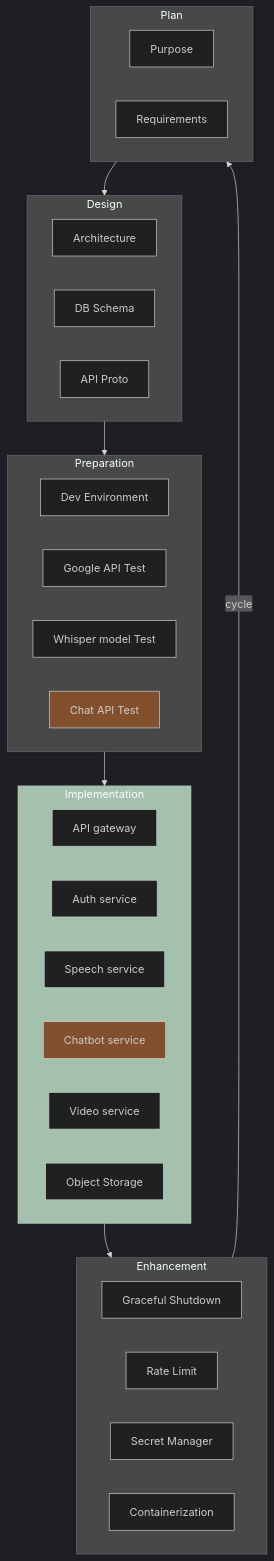
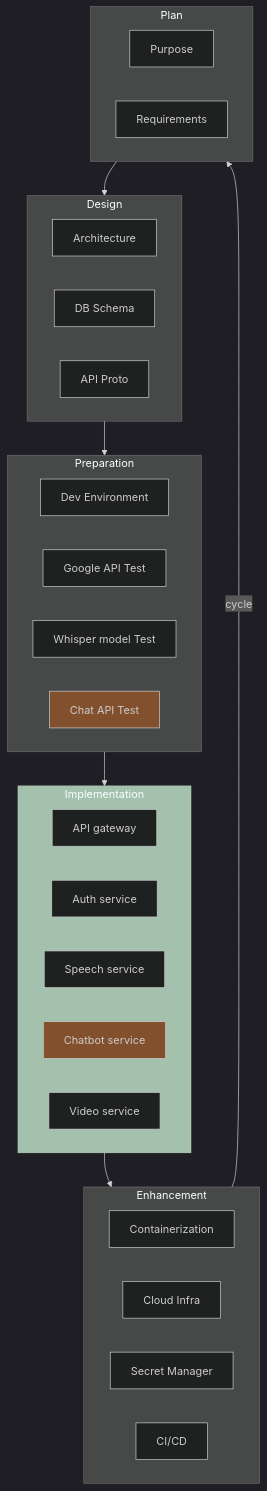
One commit to kimsehyoung/dongle changed the diagram in README.md. Above: the diagram before and after it, drawn with Mermaid. The commit also changed other lines of this file and 42 other files, not shown here.

````diff
--- a/README.md
+++ b/README.md
@@ -28,49 +31,48 @@
 ```mermaid
 %%{init: {'theme':'dark'}}%%
 
 
 flowchart TD
     subgraph Design
         architecture["Architecture"]
         db_schema["DB Schema"]
         api_proto["API Proto"]
     end
 
     subgraph Preparation
         dev_environment["Dev Environment"]
         google_api_test["Google API Test"]
         whisper_api_test["Whisper model Test"]
         chat_api_test["Chat API Test"]
     end
 
     subgraph Implementation
         api_gateway["API gateway"]
         auth_service["Auth service"]
         speech_service["Speech service"]
         chatbot_service["Chatbot service"]
         music_service["Video service"]
-        object_storage["Object Storage"]
     end
 
     subgraph Enhancement
-        graceful_shutdown["Graceful Shutdown"]
-        rate_limit["Rate Limit"]
+        containerization["Containerization"]
+        cloud_infra["Cloud Infra"]
         secret_manager["Secret Manager"]
-        containerization["Containerization"]
+        ci_cd["CI/CD"]
     end
 
     subgraph Plan
         purpose["Purpose"]
         requirements["Requirements"]
     end
 
     Plan --> Design
     Design --> Preparation
     Preparation --> Implementation:::ing
     Implementation --> Enhancement
     Enhancement -->|cycle| Plan
 
 classDef ing fill:#A3C1AD;
 style chat_api_test fill:#83502E 
 style chatbot_service fill:#83502E 
 ```
````
